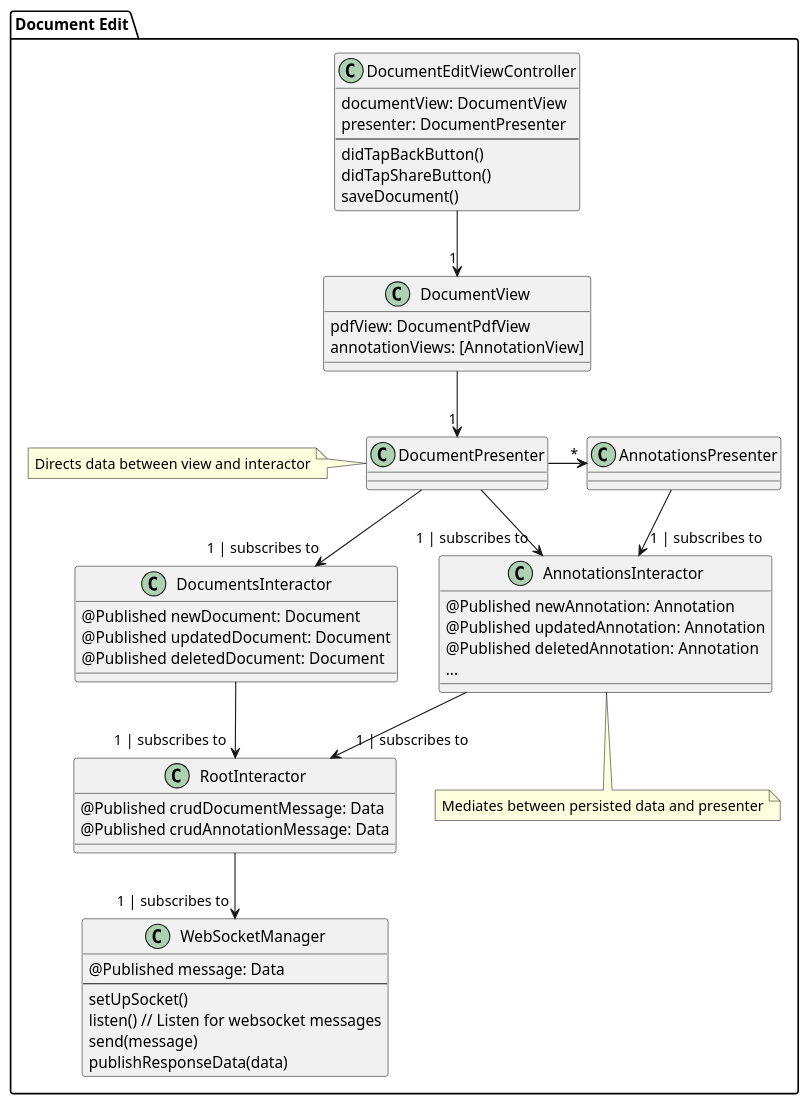
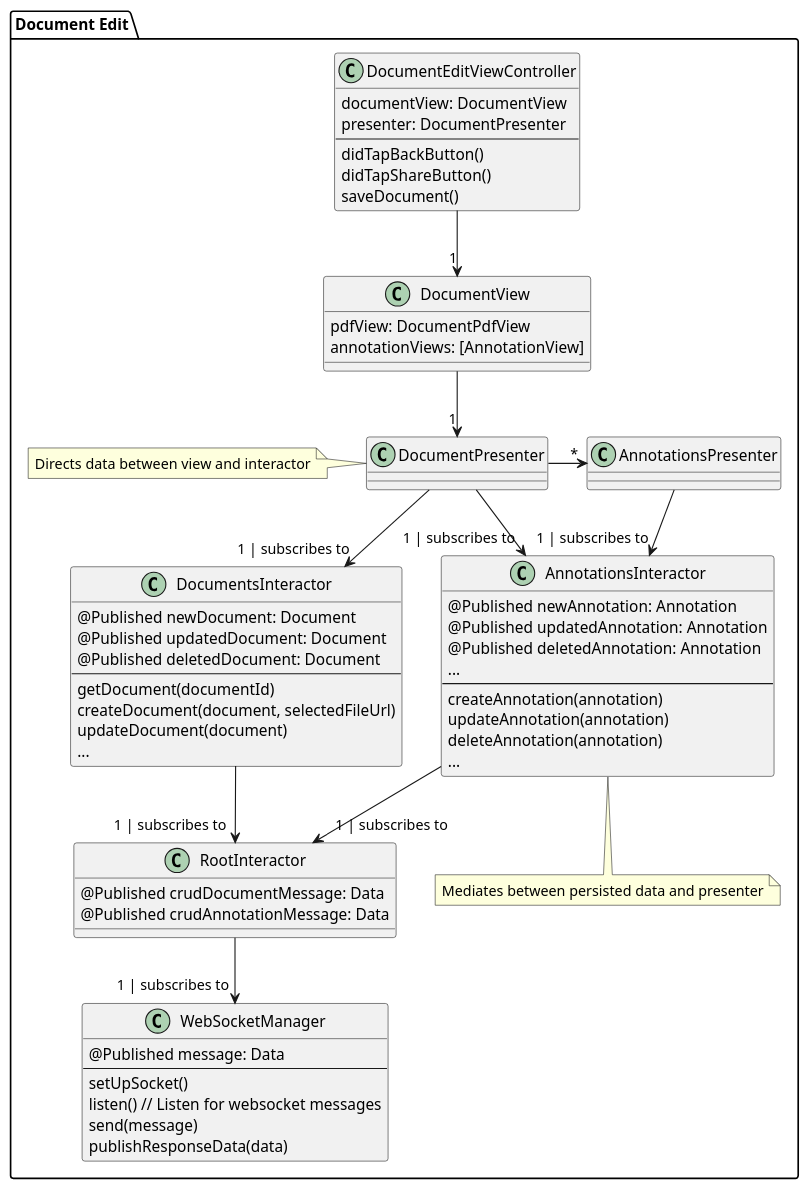
Before and after one commit to Annotato/annotato: the diagram in docs/diagrams/plantuml/document-edit-module-diagram.puml, drawn with PlantUML. The commit also changed 3 other files, not shown here.

Commit message:
Document shares module diagram

```diff
--- a/docs/diagrams/plantuml/document-edit-module-diagram.puml
+++ b/docs/diagrams/plantuml/document-edit-module-diagram.puml
@@ -1,68 +1,78 @@
 @startuml
 
 package "Document Edit" {
     Class DocumentEditViewController {
         documentView: DocumentView
         presenter: DocumentPresenter
         --
         didTapBackButton()
         didTapShareButton()
         saveDocument()
     }
 
     Class DocumentView {
         pdfView: DocumentPdfView
         annotationViews: [AnnotationView]
     }
 
     Class DocumentPresenter {
     }
 
     Class AnnotationsPresenter {
     }
 
     Class DocumentsInteractor {
         @Published newDocument: Document
         @Published updatedDocument: Document
         @Published deletedDocument: Document
+        --
+        getDocument(documentId)
+        createDocument(document, selectedFileUrl)
+        updateDocument(document)
+        ...
     }
 
     Class AnnotationsInteractor {
         @Published newAnnotation: Annotation
         @Published updatedAnnotation: Annotation
         @Published deletedAnnotation: Annotation
+        ...
+        --
+        createAnnotation(annotation)
+        updateAnnotation(annotation)
+        deleteAnnotation(annotation)
         ...
     }
 
     Class RootInteractor {
         @Published crudDocumentMessage: Data
         @Published crudAnnotationMessage: Data
     }
 
     Class WebSocketManager {
         @Published message: Data
         --
         setUpSocket()
         listen() // Listen for websocket messages
         send(message)
         publishResponseData(data)
     }
 
     note "Directs data between view and interactor" as N1
     note "Mediates between persisted data and presenter" as N2
 }
 DocumentPresenter ..left N1
 AnnotationsInteractor .. N2
 
 DocumentPresenter --right> "*" AnnotationsPresenter
 DocumentEditViewController --down> "1" DocumentView
 DocumentView --down> "1" DocumentPresenter
 DocumentPresenter --down> "1 | subscribes to" DocumentsInteractor
 DocumentPresenter --down> "1 | subscribes to" AnnotationsInteractor
 AnnotationsPresenter --down> "1 | subscribes to" AnnotationsInteractor
 
 DocumentsInteractor --down> "1 | subscribes to" RootInteractor
 AnnotationsInteractor --down> "1 | subscribes to" RootInteractor
 
 RootInteractor --down> "1 | subscribes to" WebSocketManager
 @enduml
```
